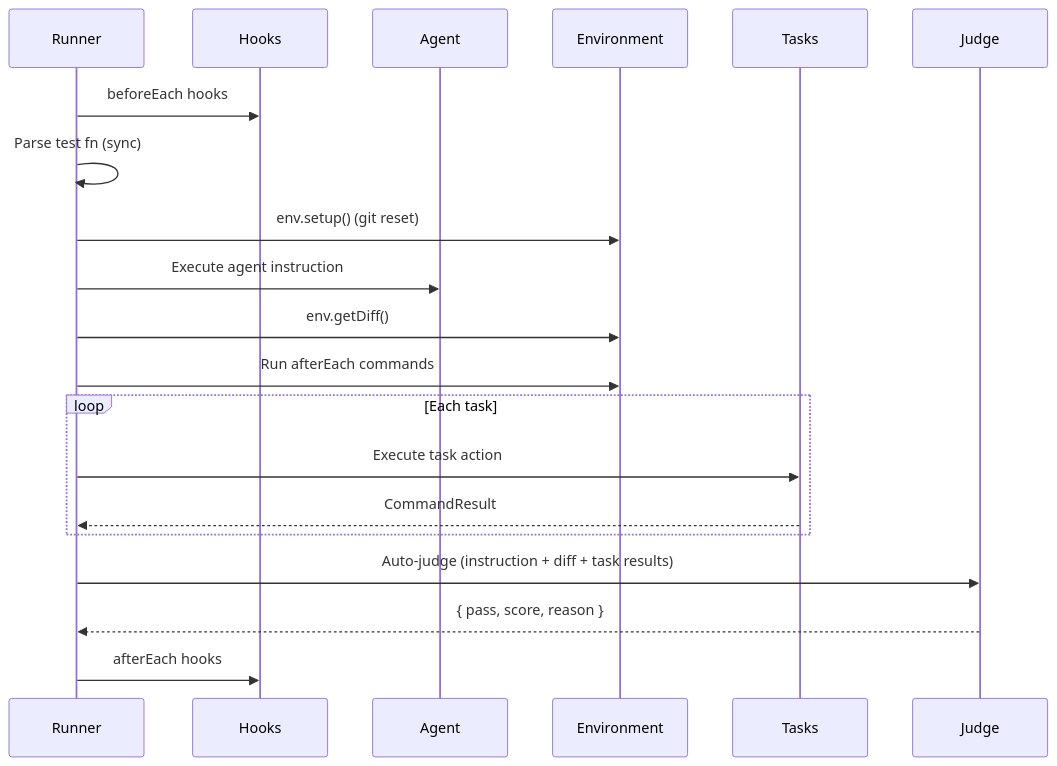
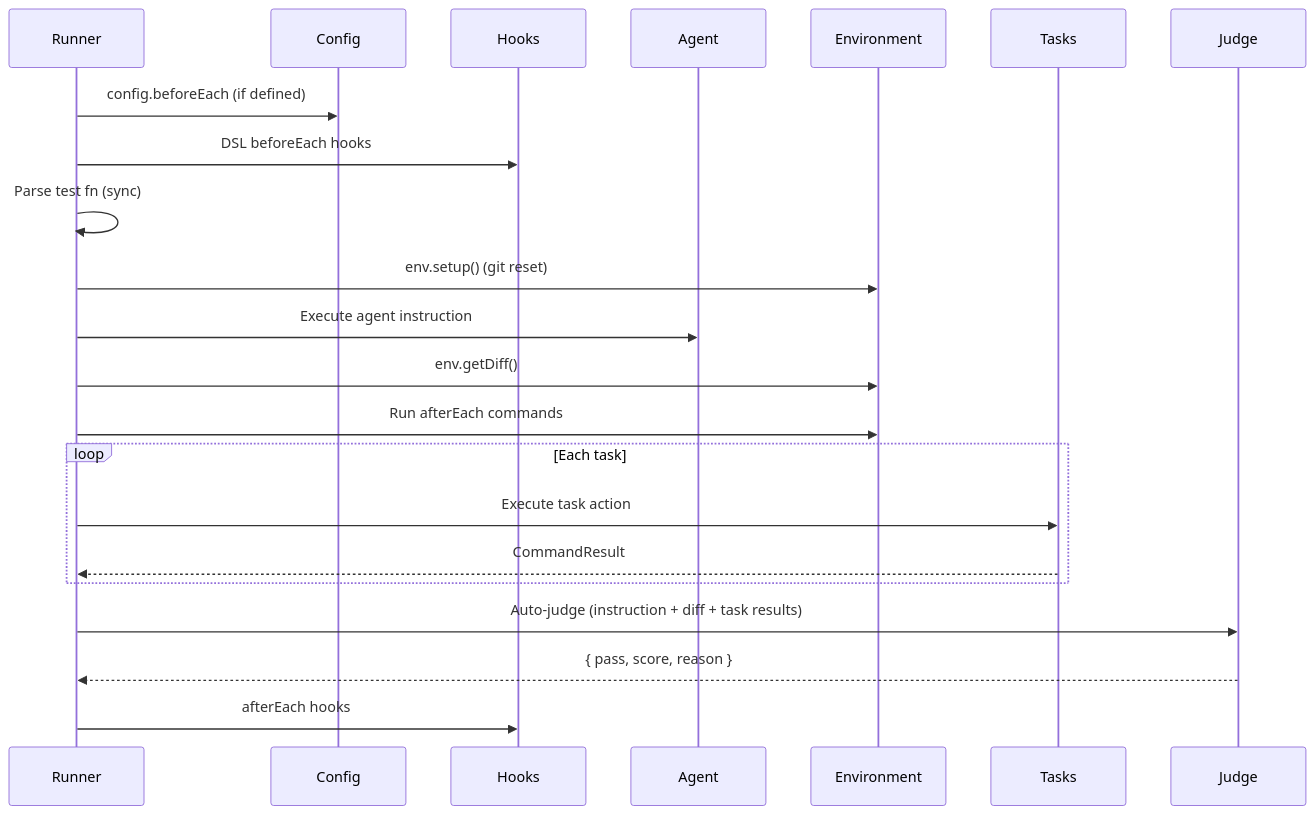
Before and after one commit to Tlahey/agent-eval: the second of 3 diagrams in apps/docs/guide/declarative-pipeline.md, drawn with Mermaid. The commit also changed other lines of this file and 7 other files, not shown here.

First line of the commit message:
feat(runner): add config-level beforeEach hook support

````diff
--- a/apps/docs/guide/declarative-pipeline.md
+++ b/apps/docs/guide/declarative-pipeline.md
@@ -138,23 +138,25 @@
 ```mermaid
 sequenceDiagram
   participant R as Runner
+  participant C as Config
   participant H as Hooks
   participant A as Agent
   participant E as Environment
   participant T as Tasks
   participant J as Judge
 
-  R->>H: beforeEach hooks
+  R->>C: config.beforeEach (if defined)
+  R->>H: DSL beforeEach hooks
   R->>R: Parse test fn (sync)
   R->>E: env.setup() (git reset)
   R->>A: Execute agent instruction
   R->>E: env.getDiff()
   R->>E: Run afterEach commands
   loop Each task
     R->>T: Execute task action
     T-->>R: CommandResult
   end
   R->>J: Auto-judge (instruction + diff + task results)
   J-->>R: { pass, score, reason }
   R->>H: afterEach hooks
 ```
````
